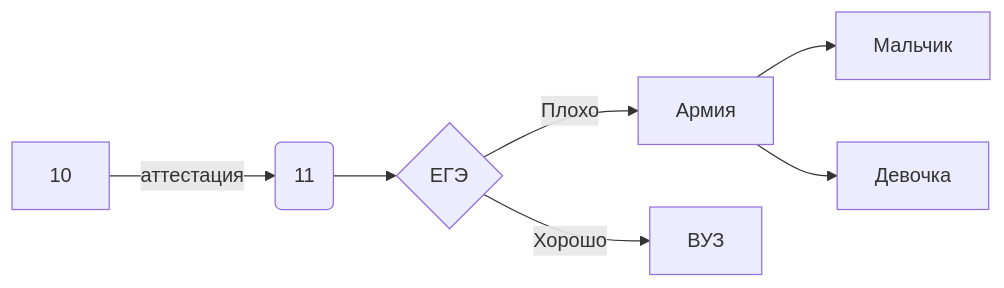
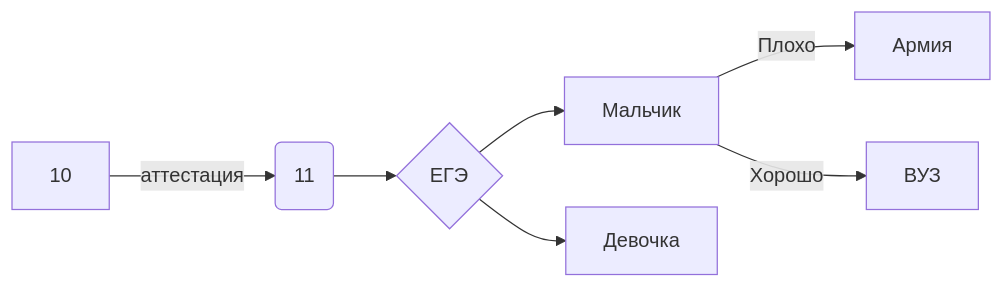
One commit to VoroninVaycheslav/LearnOfInvormatic changed the diagram in README.md. Above: the diagram before and after it, drawn with Mermaid.

````diff
--- a/README.md
+++ b/README.md
@@ -41,9 +41,9 @@
 ```mermaid
 flowchart LR
 A[10] -->|аттестация| B(11)
 B --> C{ЕГЭ}
-C -->|Плохо| D[Армия]
-D --> G[Мальчик]
-D --> H[Девочка]
-C -->|Хорошо| E[ВУЗ]
+C --> D[Мальчик]
+D --> |Плохо|G[Армия]
+D --> |Хорошо|H[ВУЗ]
+C --> E[Девочка]
 ```
````
